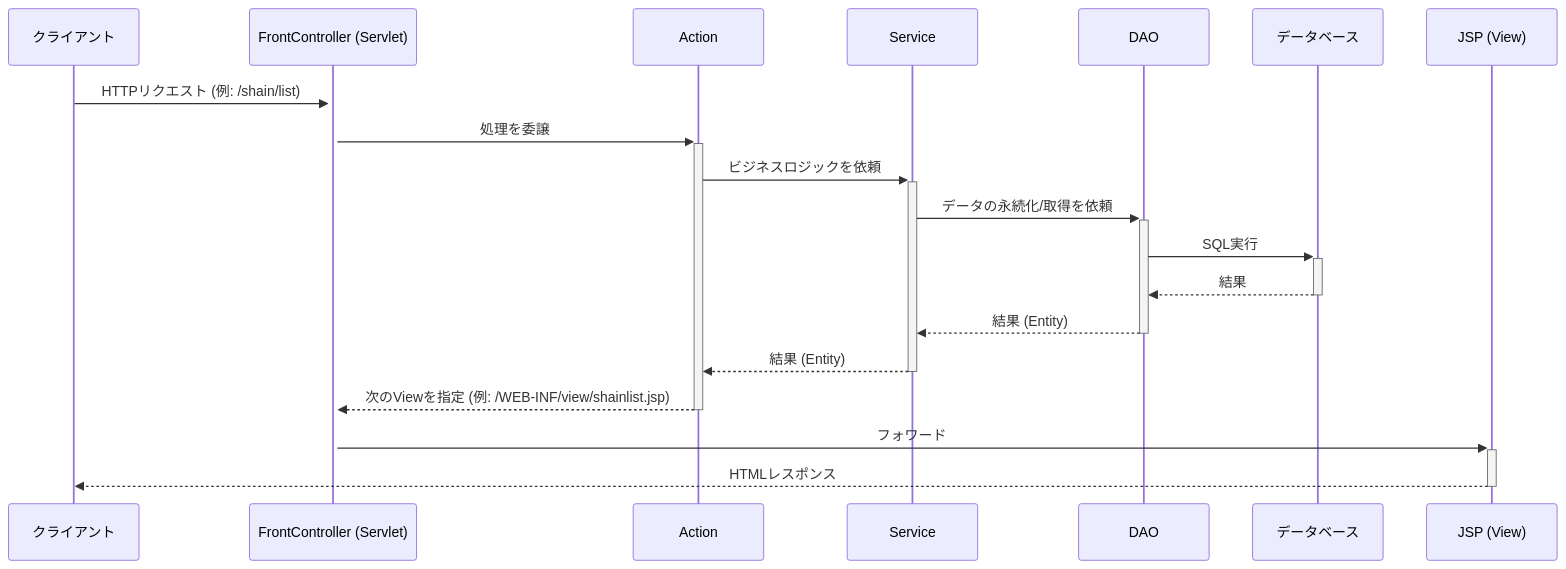
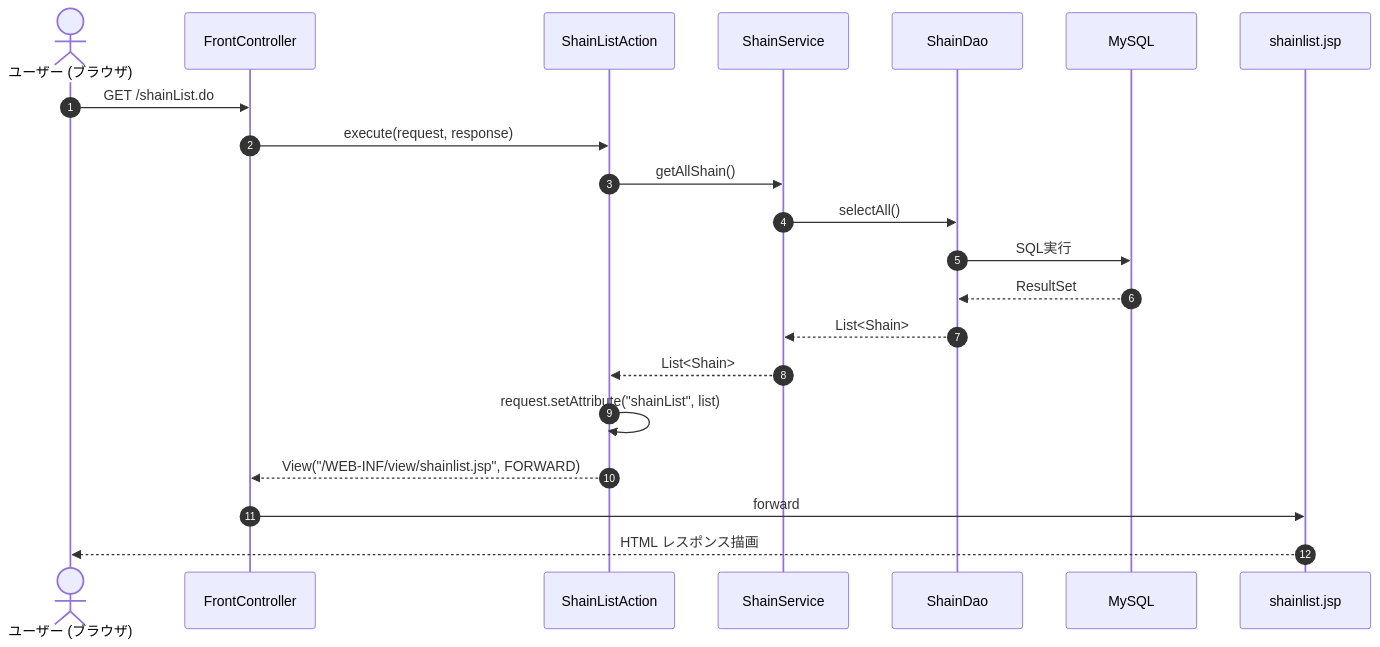
The second of 3 diagrams in 00.document/07_新アーキテクチャ設計書.md (Yusuke568/Dev-lab), drawn with Mermaid before and after one commit. The commit also changed other lines of this file and 8 other files, not shown here.

````diff
--- a/00.document/07_新アーキテクチャ設計書.md
+++ b/00.document/07_新アーキテクチャ設計書.md
@@ -39,22 +103,24 @@
 ```mermaid
 sequenceDiagram
-    participant Client as クライアント
-    participant FrontController as FrontController (Servlet)
-    participant Action
-    participant Service
-    participant DAO
-    participant DB as データベース
-    participant View as JSP (View)
+    autonumber
+    actor User as ユーザー (ブラウザ)
+    participant FC as FrontController
+    participant Act as ShainListAction
+    participant UC as ShainService
+    participant Dao as ShainDao
+    participant DB as MySQL
+    participant JSP as shainlist.jsp
 
-    Client->>+FrontController: HTTPリクエスト (例: /shain/list)
-    FrontController->>+Action: 処理を委譲
-    Action->>+Service: ビジネスロジックを依頼
-    Service->>+DAO: データの永続化/取得を依頼
-    DAO->>+DB: SQL実行
-    DB-->>-DAO: 結果
-    DAO-->>-Service: 結果 (Entity)
-    Service-->>-Action: 結果 (Entity)
-    Action-->>-FrontController: 次のViewを指定 (例: /WEB-INF/view/shainlist.jsp)
-    FrontController->>+View: フォワード
-    View-->>-Client: HTMLレスポンス
+    User->>FC: GET /shainList.do
+    FC->>Act: execute(request, response)
+    Act->>UC: getAllShain()
+    UC->>Dao: selectAll()
+    Dao->>DB: SQL実行
+    DB-->>Dao: ResultSet
+    Dao-->>UC: List<Shain>
+    UC-->>Act: List<Shain>
+    Act->>Act: request.setAttribute("shainList", list)
+    Act-->>FC: View("/WEB-INF/view/shainlist.jsp", FORWARD)
+    FC->>JSP: forward
+    JSP-->>User: HTML レスポンス描画
 ```
````
